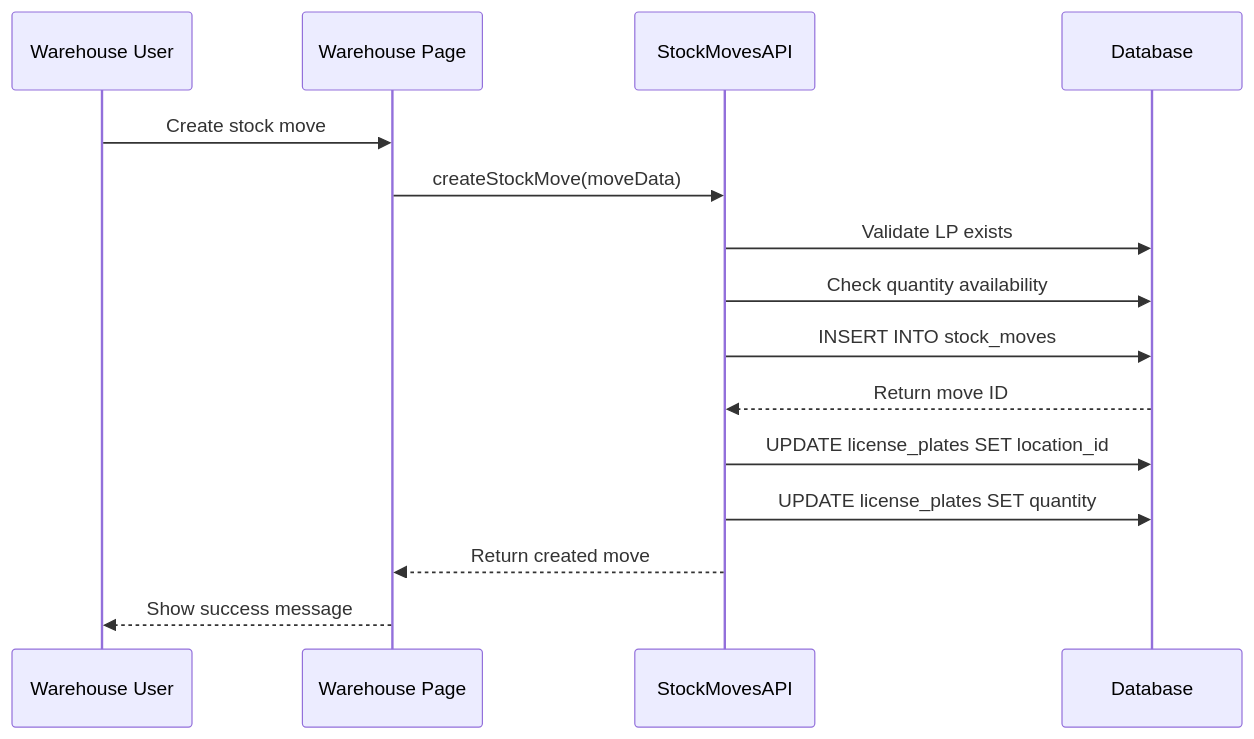
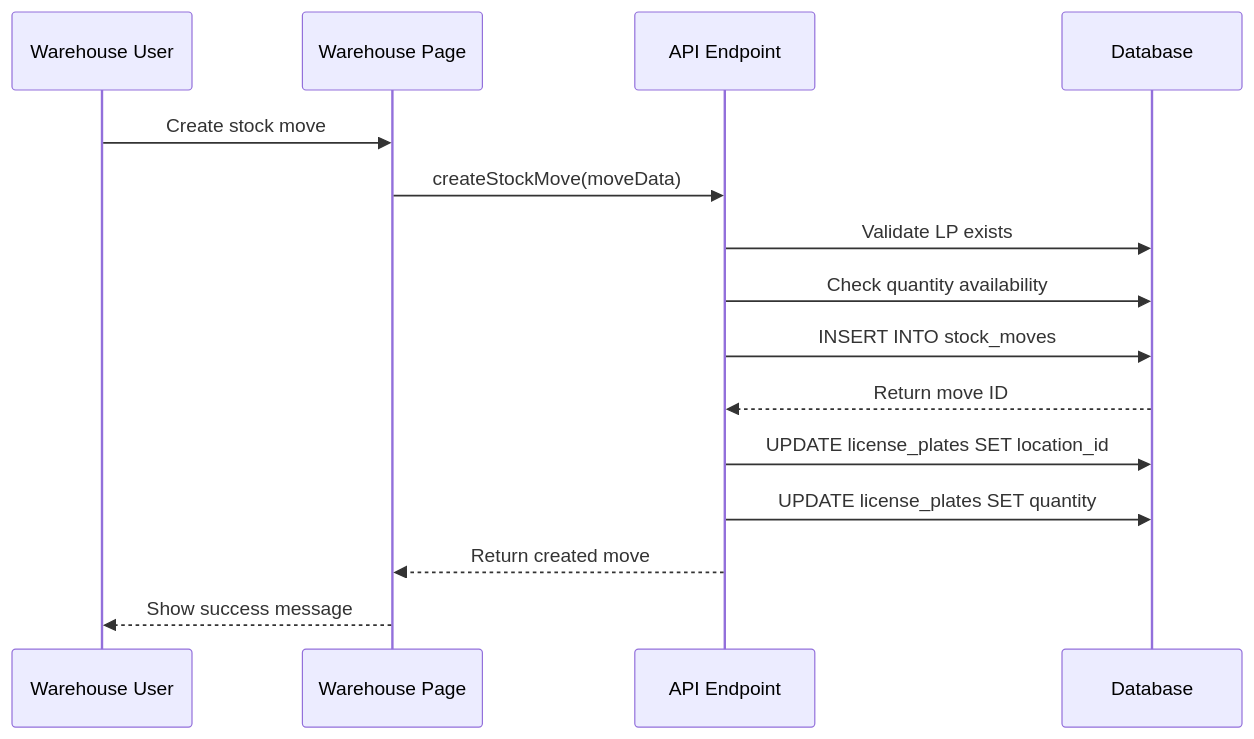
One commit to CoderMariusz/MonoPilot changed the third of 4 diagrams in docs/modules/warehouse/WAREHOUSE_MODULE_GUIDE.md. Above: the diagram before and after it, drawn with Mermaid. The commit also changed other lines of this file and 14 other files, not shown here.

````diff
--- a/docs/modules/warehouse/WAREHOUSE_MODULE_GUIDE.md
+++ b/docs/modules/warehouse/WAREHOUSE_MODULE_GUIDE.md
@@ -157,19 +154,19 @@
 ```mermaid
 sequenceDiagram
     participant W as Warehouse User
     participant UI as Warehouse Page
-    participant API as StockMovesAPI
+    participant API as API Endpoint
     participant DB as Database
     
     W->>UI: Create stock move
     UI->>API: createStockMove(moveData)
     API->>DB: Validate LP exists
     API->>DB: Check quantity availability
     API->>DB: INSERT INTO stock_moves
     DB-->>API: Return move ID
     
     API->>DB: UPDATE license_plates SET location_id
     API->>DB: UPDATE license_plates SET quantity
     API-->>UI: Return created move
     UI-->>W: Show success message
 ```
````
